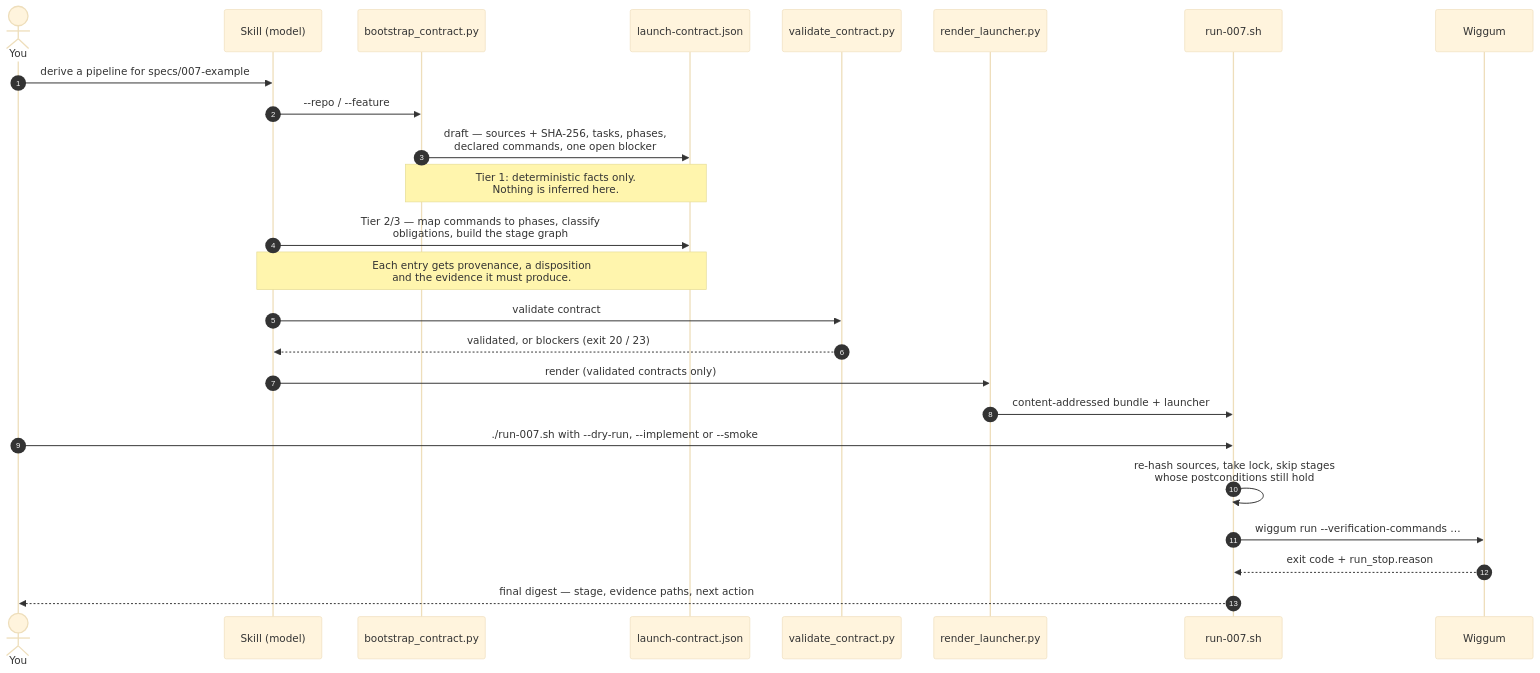
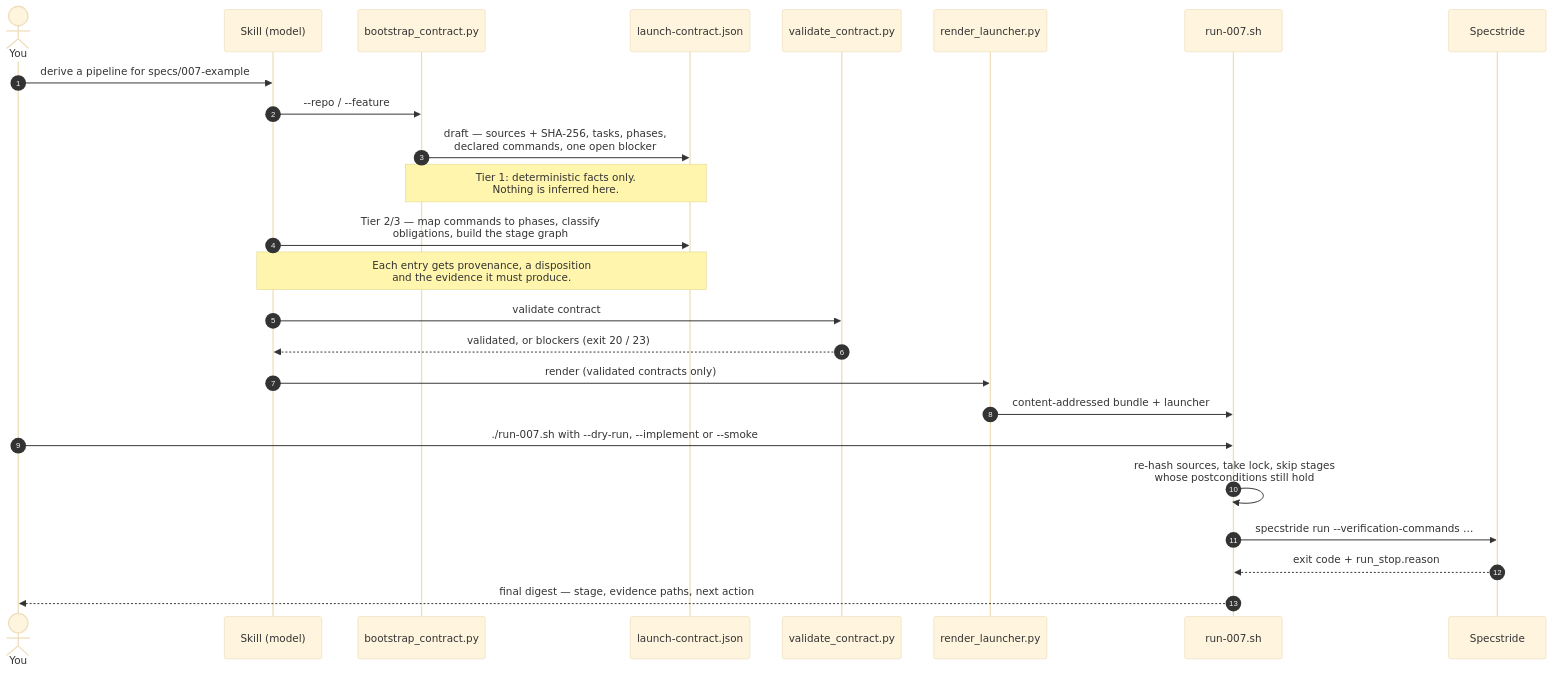
The diagram in README.md (mairp/mixture-of-loops), drawn with Mermaid (base theme) before and after one commit. The commit also changed other lines of this file and 11 other files, not shown here.

First line of the commit message:
rename: target Specstride (formerly Wiggum); accept the old stage kind

````diff
--- a/README.md
+++ b/README.md
@@ -29,28 +32,28 @@
 ```mermaid
 sequenceDiagram
     autonumber
     actor U as You
     participant S as Skill (model)
     participant B as bootstrap_contract.py
     participant C as launch-contract.json
     participant V as validate_contract.py
     participant R as render_launcher.py
     participant L as run-007.sh
-    participant W as Wiggum
+    participant W as Specstride
 
     U->>S: derive a pipeline for specs/007-example
     S->>B: --repo / --feature
     B->>C: draft — sources + SHA-256, tasks, phases,<br/>declared commands, one open blocker
     Note over B,C: Tier 1: deterministic facts only.<br/>Nothing is inferred here.
     S->>C: Tier 2/3 — map commands to phases, classify<br/>obligations, build the stage graph
     Note over S,C: Each entry gets provenance, a disposition<br/>and the evidence it must produce.
     S->>V: validate contract
     V-->>S: validated, or blockers (exit 20 / 23)
     S->>R: render (validated contracts only)
     R->>L: content-addressed bundle + launcher
     U->>L: ./run-007.sh with --dry-run, --implement or --smoke
     L->>L: re-hash sources, take lock, skip stages<br/>whose postconditions still hold
-    L->>W: wiggum run --verification-commands …
+    L->>W: specstride run --verification-commands …
     W-->>L: exit code + run_stop.reason
     L-->>U: final digest — stage, evidence paths, next action
 ```
````
